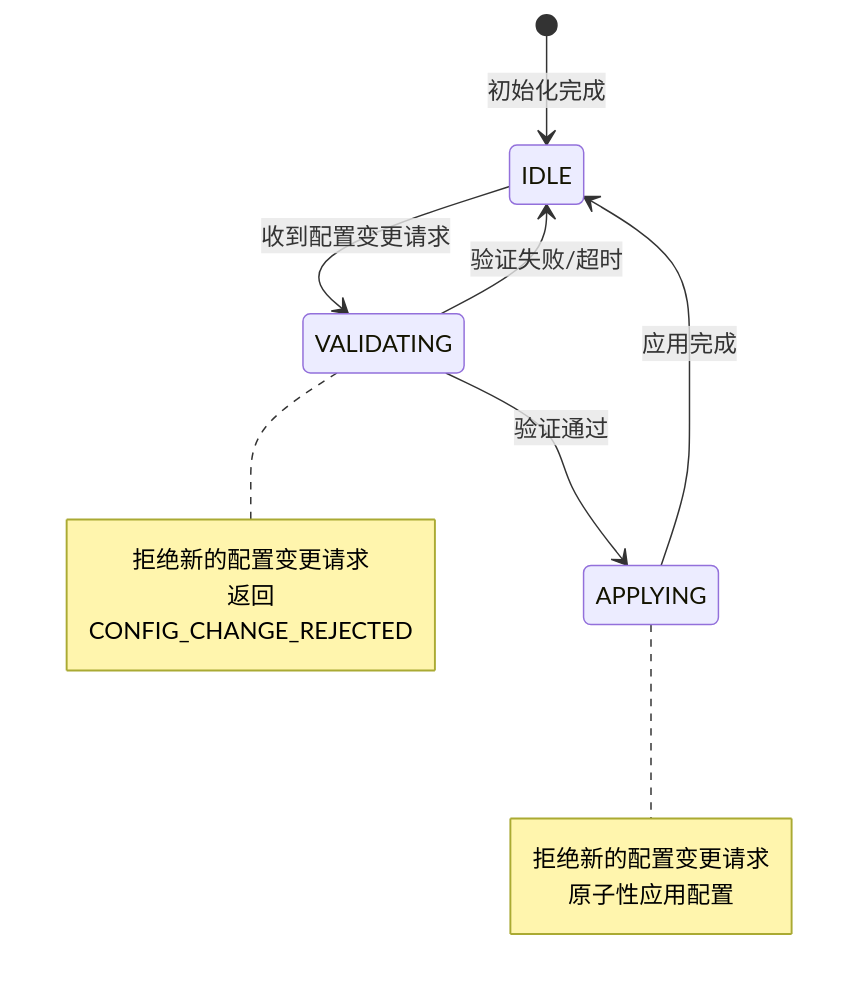
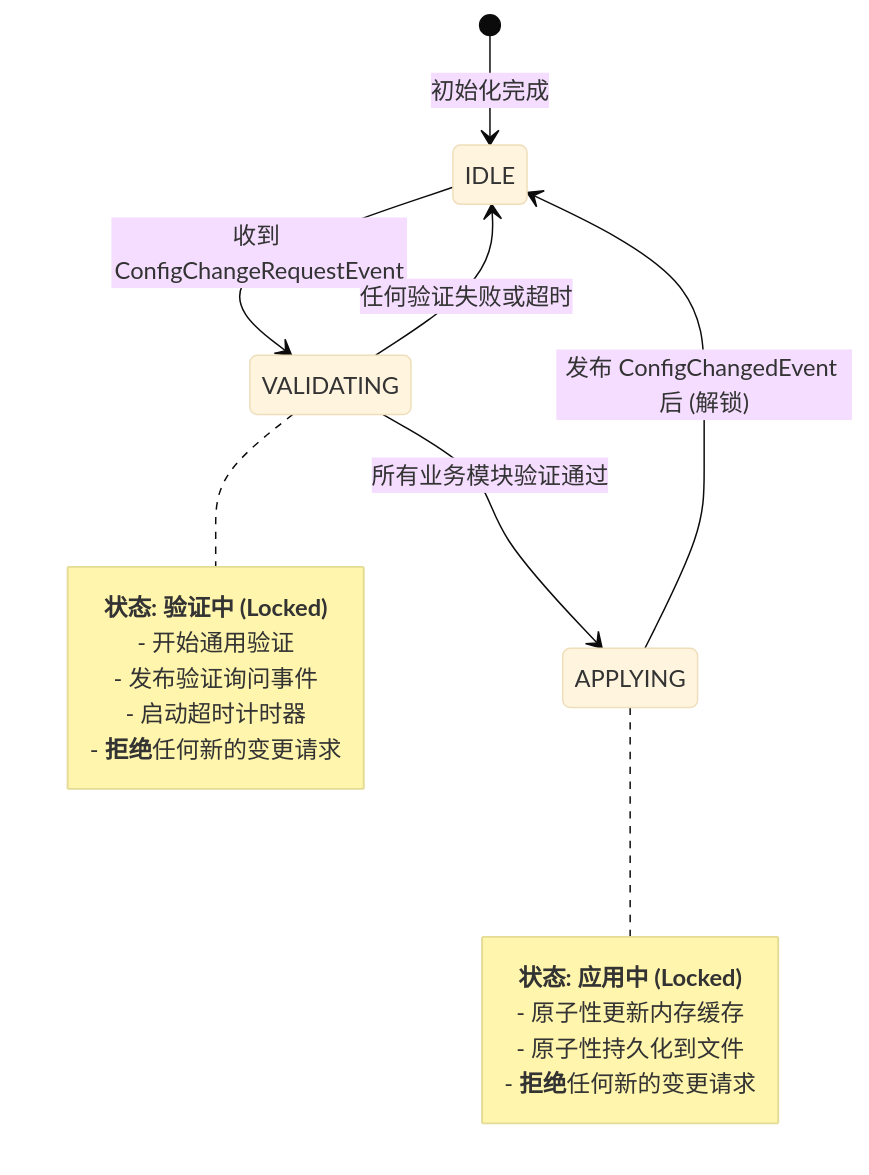
Before and after one commit to wendizhou99-cell/Radar: the fifth of 8 diagrams in docs/01_项目设计/02_模块设计/06_配置管理模块设计.md, drawn with Mermaid. The commit also changed other lines of this file and 26 other files, not shown here.

First line of the commit message:
docs: 完成数据架构文档系列重构和Mermaid可视化指南增强

````diff
--- a/docs/01_项目设计/02_模块设计/06_配置管理模块设计.md
+++ b/docs/01_项目设计/02_模块设计/06_配置管理模块设计.md
@@ -686,11 +367,34 @@
 ```mermaid
+---
+  config:
+    theme: base
+    flowchart:
+      curve: basis
+---
 stateDiagram-v2
+    %% --- 图例 (上下文颜色语义) ---
+    %% 状态节点: 配置管理模块在处理变更时的内部状态。
+    %% 转换箭头: 触发状态变化的事件或条件。
+
     [*] --> IDLE : 初始化完成
-    IDLE --> VALIDATING : 收到配置变更请求
-    VALIDATING --> APPLYING : 验证通过
-    VALIDATING --> IDLE : 验证失败/超时
-    APPLYING --> IDLE : 应用完成
+    IDLE --> VALIDATING : 收到 ConfigChangeRequestEvent
+    note right of VALIDATING
+        <b>状态: 验证中 (Locked)</b>
+        - 开始通用验证
+        - 发布验证询问事件
+        - 启动超时计时器
+        - <b>拒绝</b>任何新的变更请求
+    end note
 
-    note right of VALIDATING : 拒绝新的配置变更请求<br/>返回CONFIG_CHANGE_REJECTED
-    note right of APPLYING : 拒绝新的配置变更请求<br/>原子性应用配置
+    VALIDATING --> APPLYING : 所有业务模块验证通过
+    note right of APPLYING
+        <b>状态: 应用中 (Locked)</b>
+        - 原子性更新内存缓存
+        - 原子性持久化到文件
+        - <b>拒绝</b>任何新的变更请求
+    end note
+
+    VALIDATING --> IDLE : 任何验证失败或超时
+    APPLYING --> IDLE : 发布 ConfigChangedEvent 后 (解锁)
+
 ```
````
